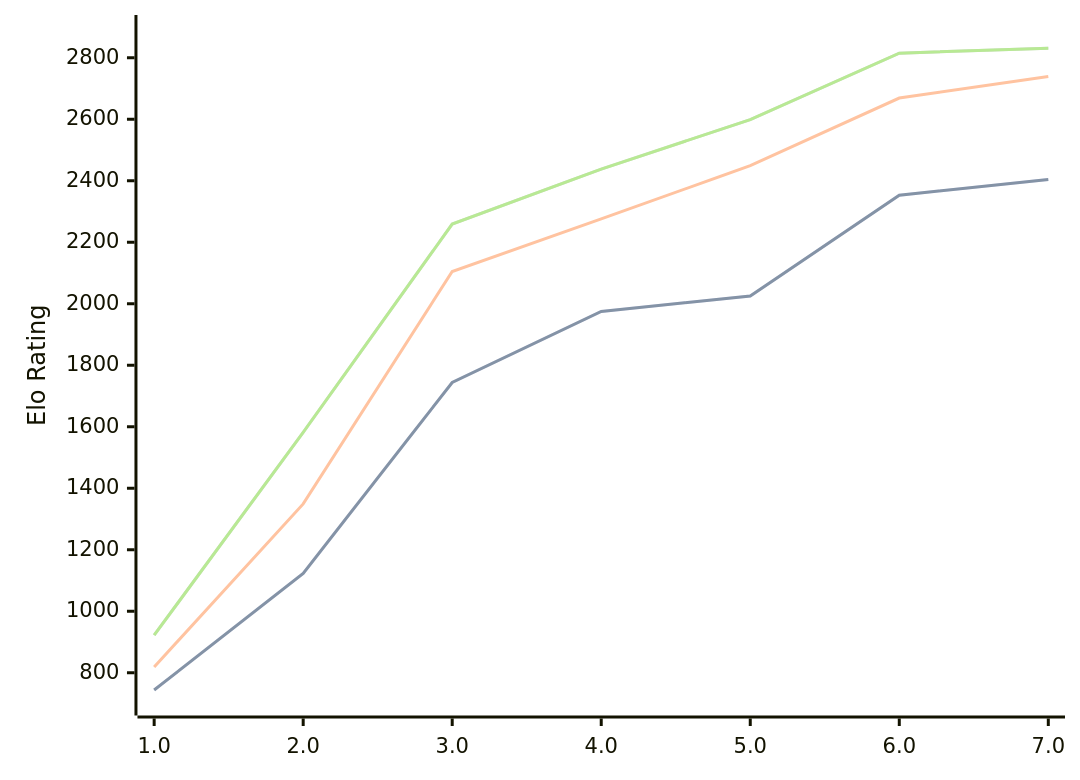
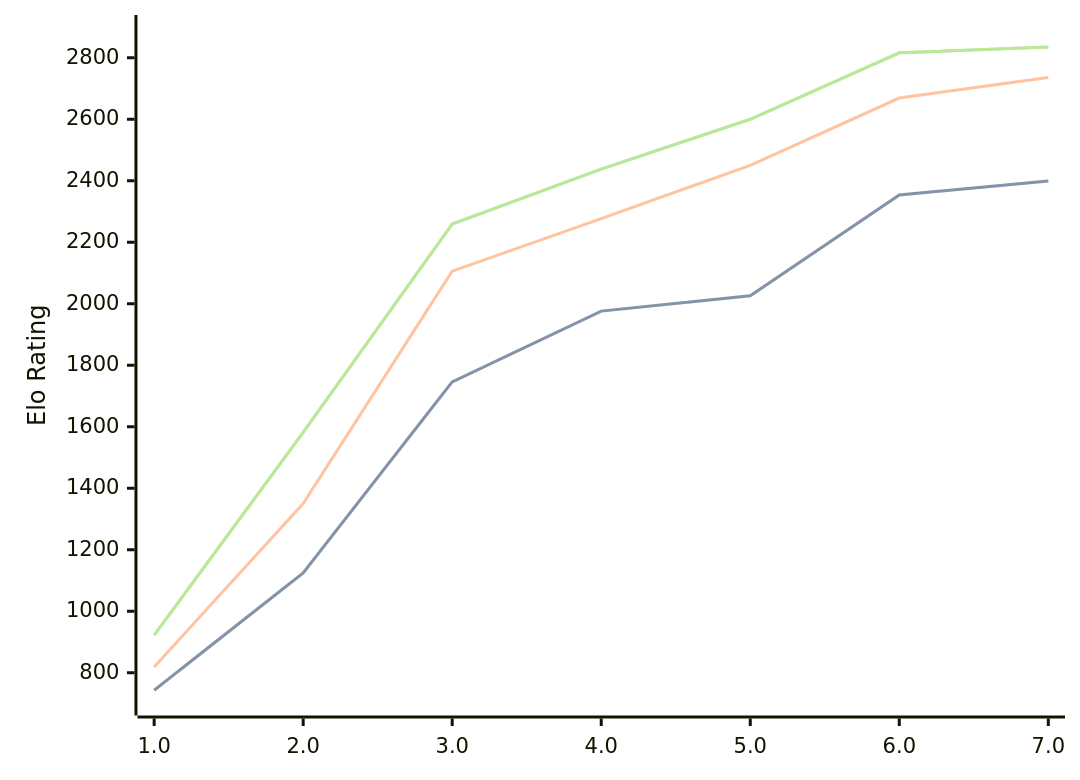
One commit to computer-chess-index/cci changed the diagram in engines/Pea.md. Above: the diagram before and after it, drawn with Mermaid. The commit also changed other lines of this file, not shown here.

Commit message:
Update CCI Ratings (ELO VLTC) - 2026-05-01

````diff
--- a/engines/Pea.md
+++ b/engines/Pea.md
@@ -37,11 +37,11 @@
 ```mermaid
 %%{init: {"theme":"base","themeVariables":{"seriesColors:['#a3a3a3','#222221','#faa371']}}}%%
 xychart-beta
   x-axis ["1.0", "2.0", "3.0", "4.0", "5.0", "6.0", "7.0"]
   y-axis "Elo Rating" 700 --> 2900
-  line "STC (8.0+0.08s)" [744, 1123, 1744, 1975, 2025, 2353, 2404]
-  line "STC (8.0+0.08s)" [744, 1123, 1744, 1975, 2025, 2353, 2404]
-  line "LTC (60.0+0.60s)" [819, 1349, 2105, 2276, 2449, 2669, 2739]
-  line "VLTC (2m24s+1.12s)" [922, 1582, 2259, 2438, 2599, 2815, 2831]
-  line "VLTC (2m24s+1.12s)" [922, 1582, 2259, 2438, 2599, 2815, 2831]
+  line "STC (8.0+0.08s)" [743, 1125, 1746, 1976, 2026, 2354, 2399]
+  line "STC (8.0+0.08s)" [743, 1125, 1746, 1976, 2026, 2354, 2399]
+  line "LTC (60.0+0.60s)" [819, 1350, 2106, 2277, 2450, 2669, 2736]
+  line "VLTC (2m24s+1.12s)" [922, 1582, 2259, 2438, 2600, 2816, 2835]
+  line "VLTC (2m24s+1.12s)" [922, 1582, 2259, 2438, 2600, 2816, 2835]
 ```
````
